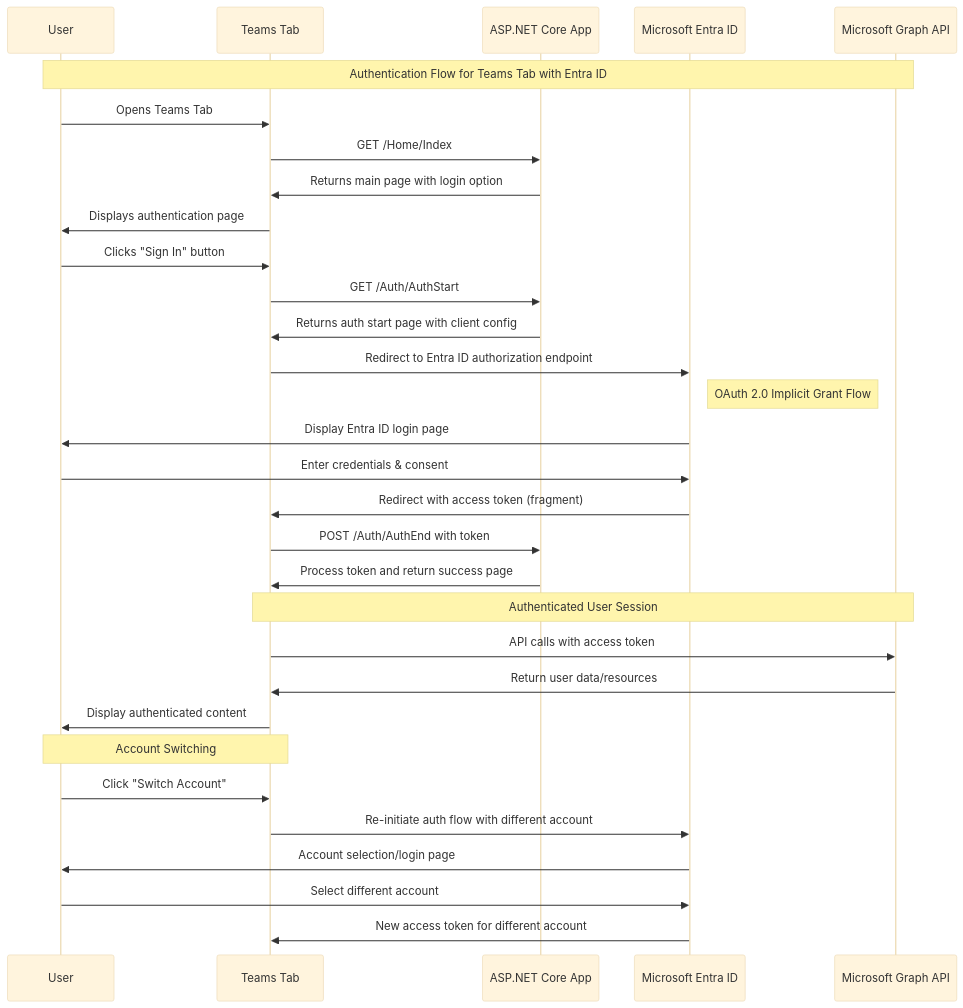
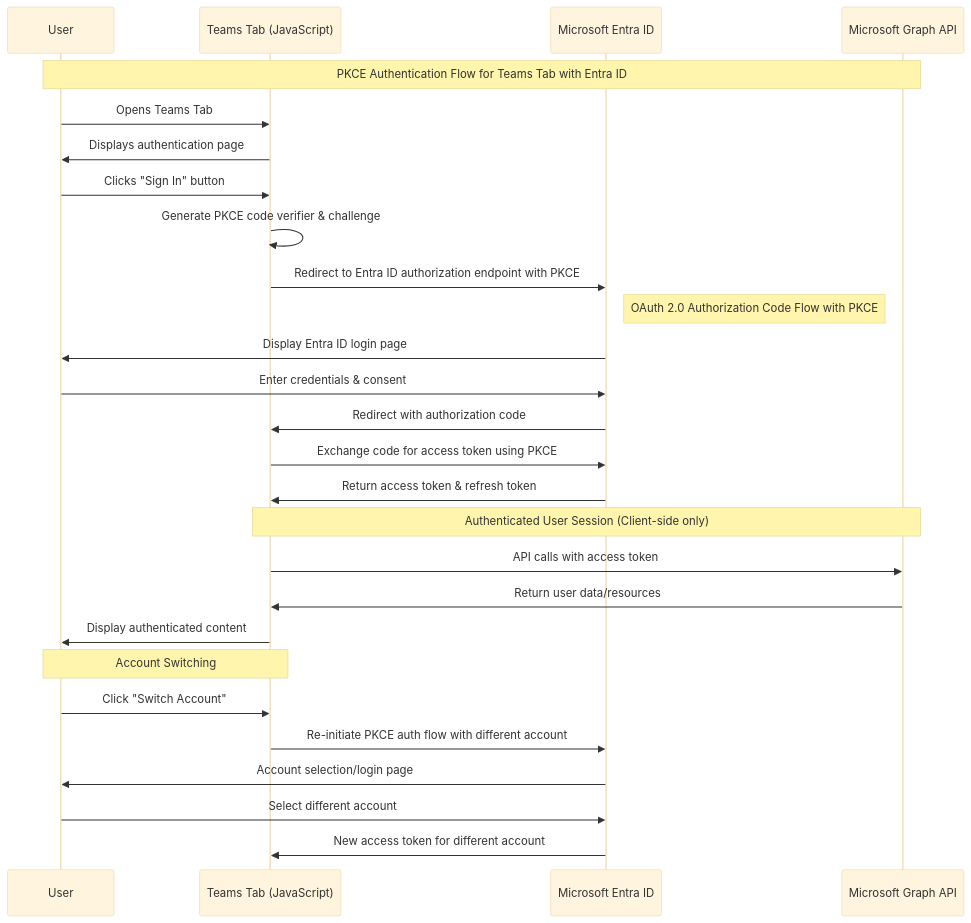
Before and after one commit to OfficeDev/Microsoft-Teams-Samples: the diagram in samples/tab-auth-entra-account/csharp/README.md, drawn with Mermaid (base theme). The commit also changed other lines of this file and 10 other files, not shown here.

Commit message:
updated token exchange flow from server side to client side.

````diff
--- a/samples/tab-auth-entra-account/csharp/README.md
+++ b/samples/tab-auth-entra-account/csharp/README.md
@@ -34,39 +34,35 @@
 ```mermaid
 sequenceDiagram
     participant U as User
-    participant T as Teams Tab
-    participant A as ASP.NET Core App
+    participant T as Teams Tab (JavaScript)
     participant E as Microsoft Entra ID
     participant API as Microsoft Graph API
 
-    Note over U,API: Authentication Flow for Teams Tab with Entra ID
+    Note over U,API: PKCE Authentication Flow for Teams Tab with Entra ID
 
     U->>T: Opens Teams Tab
-    T->>A: GET /Home/Index
-    A->>T: Returns main page with login option
     T->>U: Displays authentication page
     
     U->>T: Clicks "Sign In" button
-    T->>A: GET /Auth/AuthStart
-    A->>T: Returns auth start page with client config
-    T->>E: Redirect to Entra ID authorization endpoint
-    Note right of E: OAuth 2.0 Implicit Grant Flow
+    T->>T: Generate PKCE code verifier & challenge
+    T->>E: Redirect to Entra ID authorization endpoint with PKCE
+    Note right of E: OAuth 2.0 Authorization Code Flow with PKCE
     
     E->>U: Display Entra ID login page
     U->>E: Enter credentials & consent
-    E->>T: Redirect with access token (fragment)
-    T->>A: POST /Auth/AuthEnd with token
-    A->>T: Process token and return success page
+    E->>T: Redirect with authorization code
+    T->>E: Exchange code for access token using PKCE
+    E->>T: Return access token & refresh token
     
-    Note over T,API: Authenticated User Session
+    Note over T,API: Authenticated User Session (Client-side only)
     T->>API: API calls with access token
     API->>T: Return user data/resources
     T->>U: Display authenticated content
     
     Note over U,T: Account Switching
     U->>T: Click "Switch Account"
-    T->>E: Re-initiate auth flow with different account
+    T->>E: Re-initiate PKCE auth flow with different account
     E->>U: Account selection/login page
     U->>E: Select different account
     E->>T: New access token for different account
 ```
````
